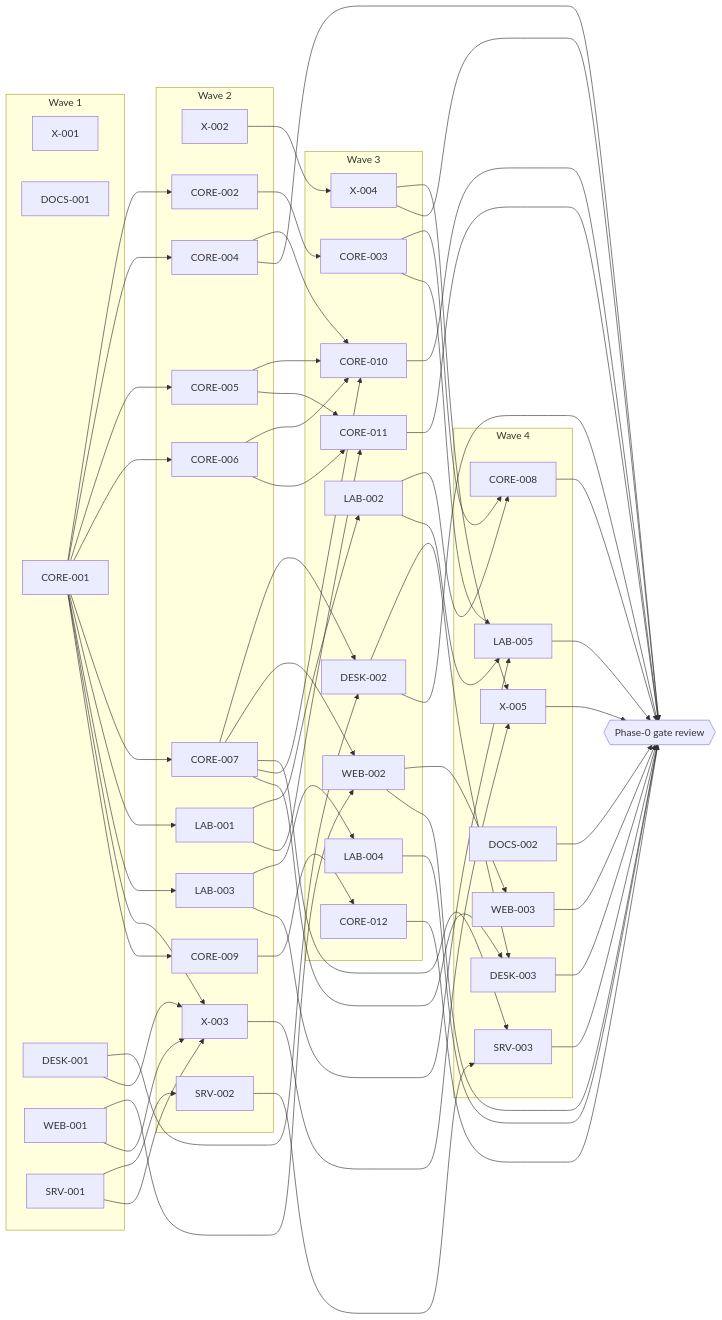
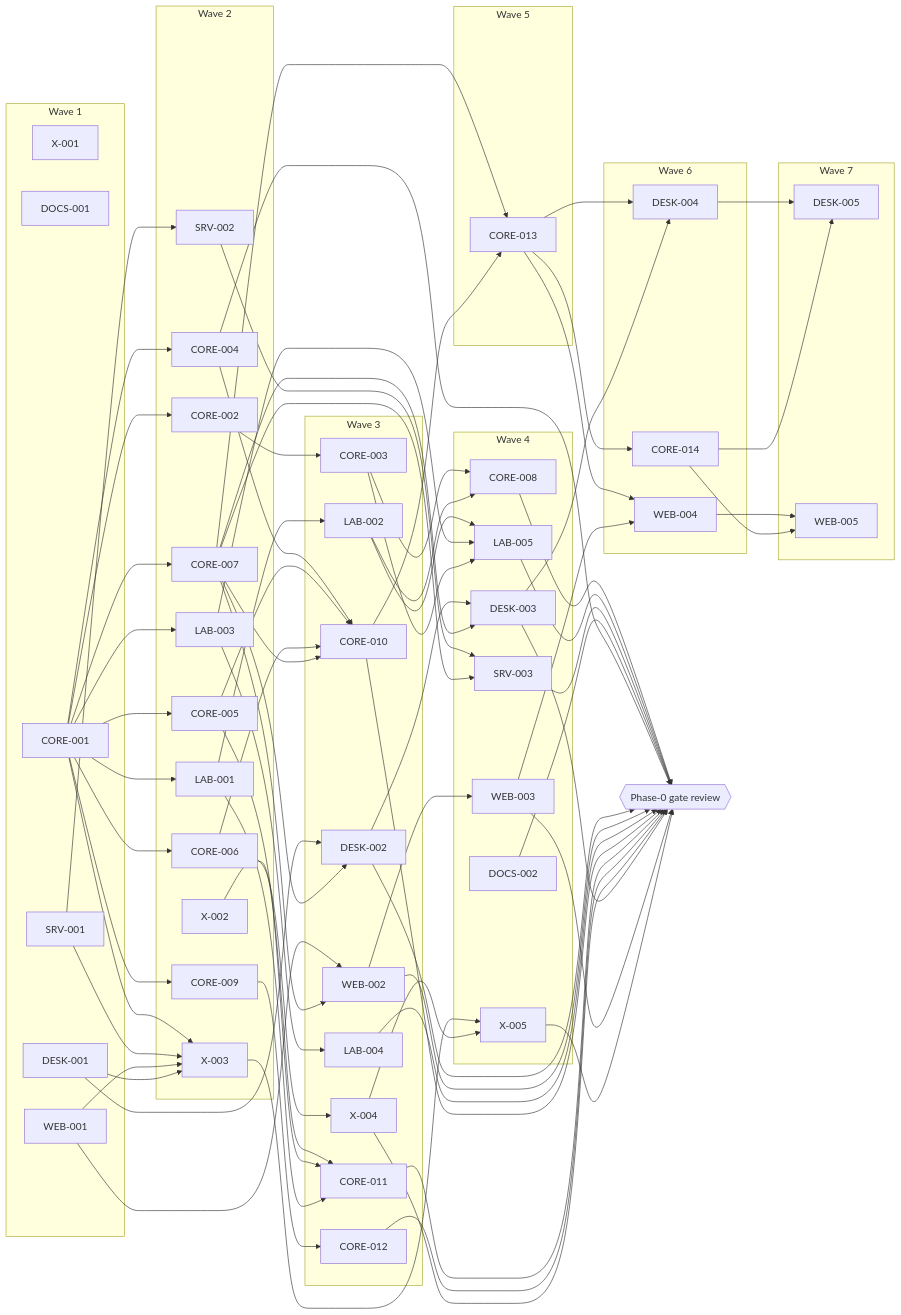
The diagram in plan/05-work-breakdown.md (BayanDocs/docs), drawn with Mermaid before and after one commit. The commit also changed other lines of this file and 12 other files, not shown here.

```diff
--- a/plan/05-work-breakdown.md
+++ b/plan/05-work-breakdown.md
@@ -86,6 +94,15 @@
   end
   subgraph W4["Wave 4"]
     CORE008[CORE-008]; LAB005[LAB-005]; SRV003[SRV-003]; DOCS002[DOCS-002]; DESK003[DESK-003]; WEB003[WEB-003]; X005[X-005]
+  end
+  subgraph W5["Wave 5"]
+    CORE013[CORE-013]
+  end
+  subgraph W6["Wave 6"]
+    CORE014[CORE-014]; DESK004[DESK-004]; WEB004[WEB-004]
+  end
+  subgraph W7["Wave 7"]
+    DESK005[DESK-005]; WEB005[WEB-005]
   end
   CORE001 --> CORE002 --> CORE003
   CORE001 --> CORE004
@@ -123,6 +140,17 @@
   DESK002 --> DESK003
   CORE007 --> DESK003
   WEB002 --> WEB003
+  CORE007 --> CORE013
+  CORE010 --> CORE013
+  CORE013 --> CORE014
+  CORE013 --> DESK004
+  DESK003 --> DESK004
+  CORE013 --> WEB004
+  WEB003 --> WEB004
+  DESK004 --> DESK005
+  CORE014 --> DESK005
+  WEB004 --> WEB005
+  CORE014 --> WEB005
   GATE{{"Phase-0 gate review"}}
   CORE008 --> GATE
   LAB005 --> GATE
```
